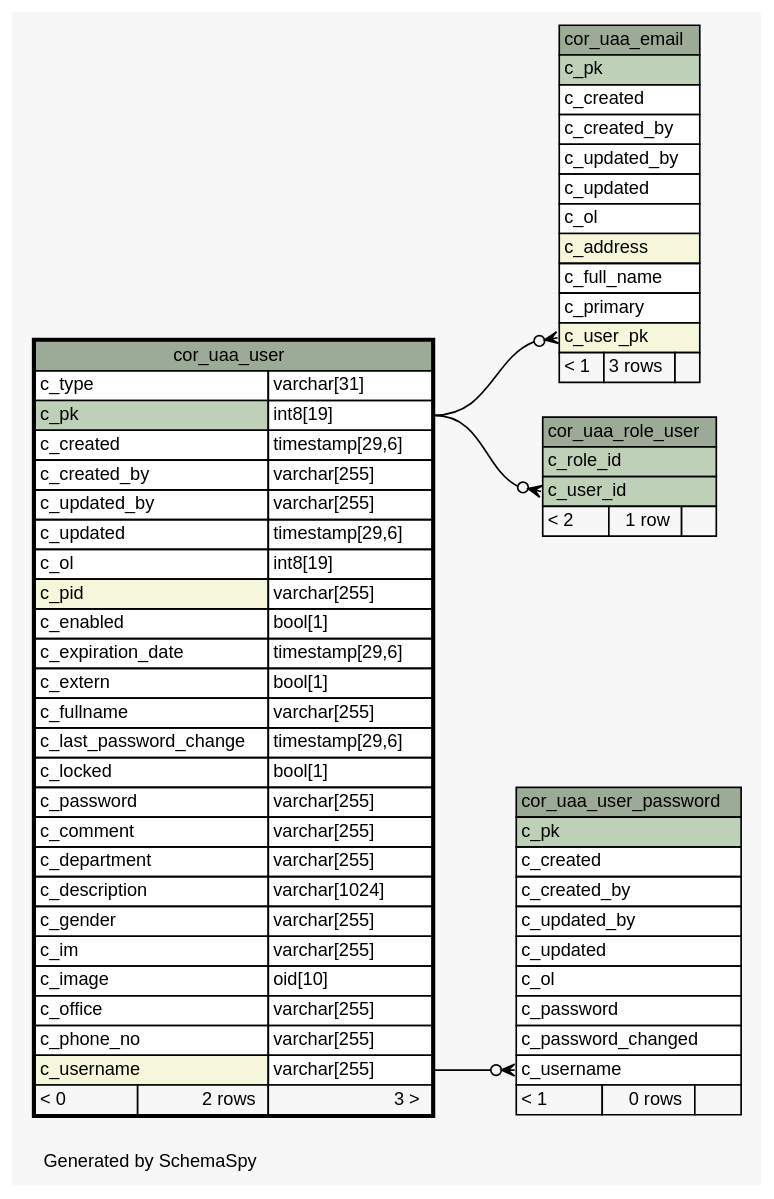
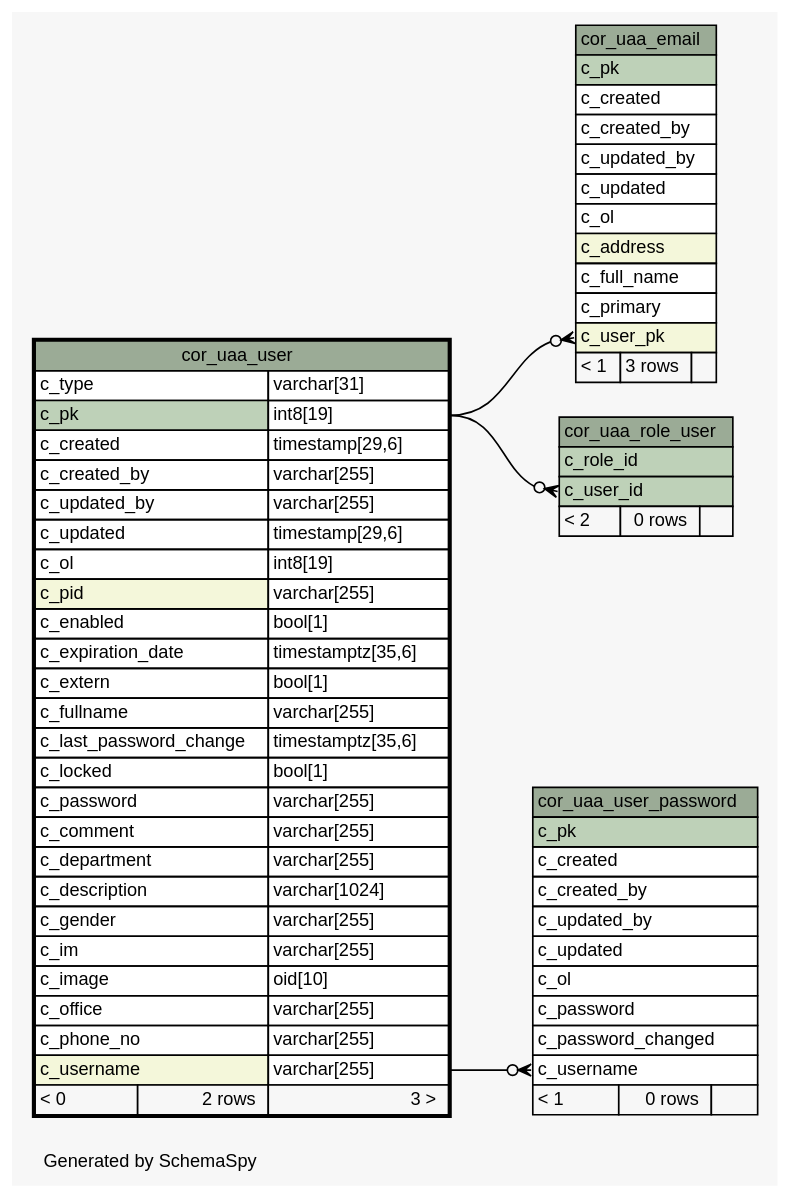
The diagram in 2.0.0-SNAPSHOT/schemaspy/diagrams/cor_uaa_user.1degree.dot (openwms/org.openwms.core.uaa.lib), drawn with Graphviz before and after one commit. The commit also changed 236 other files, not shown here.

```diff
--- a/2.0.0-SNAPSHOT/schemaspy/diagrams/cor_uaa_user.1degree.dot
+++ b/2.0.0-SNAPSHOT/schemaspy/diagrams/cor_uaa_user.1degree.dot
@@ -1,106 +1,106 @@
-// dot 2.43.0 on Linux 6.5.0-1016-azure
+// dot 2.43.0 on Linux 6.5.0-1022-azure
 // SchemaSpy rev Unknown
 digraph "oneDegreeRelationshipsDiagram" {
   graph [
     rankdir="RL"
     bgcolor="#f7f7f7"
     label="\nGenerated by SchemaSpy"
     labeljust="l"
     nodesep="0.18"
     ranksep="0.46"
     fontname="Helvetica"
     fontsize="11"
   ];
   node [
     fontname="Helvetica"
     fontsize="11"
     shape="plaintext"
   ];
   edge [
     arrowsize="0.8"
   ];
   "cor_uaa_email":"c_user_pk":w -> "cor_uaa_user":"c_pk.type":e [arrowhead=none dir=back arrowtail=crowodot];
   "cor_uaa_role_user":"c_user_id":w -> "cor_uaa_user":"c_pk.type":e [arrowhead=none dir=back arrowtail=crowodot];
   "cor_uaa_user_password":"c_username":w -> "cor_uaa_user":"c_username.type":e [arrowhead=none dir=back arrowtail=crowodot];
   "cor_uaa_email" [
     label=<
     <TABLE BORDER="0" CELLBORDER="1" CELLSPACING="0" BGCOLOR="#ffffff">
       <TR><TD COLSPAN="3" BGCOLOR="#9bab96" ALIGN="CENTER">cor_uaa_email</TD></TR>
       <TR><TD PORT="c_pk" COLSPAN="3" BGCOLOR="#bed1b8" ALIGN="LEFT">c_pk</TD></TR>
       <TR><TD PORT="c_created" COLSPAN="3" ALIGN="LEFT">c_created</TD></TR>
       <TR><TD PORT="c_created_by" COLSPAN="3" ALIGN="LEFT">c_created_by</TD></TR>
       <TR><TD PORT="c_updated_by" COLSPAN="3" ALIGN="LEFT">c_updated_by</TD></TR>
       <TR><TD PORT="c_updated" COLSPAN="3" ALIGN="LEFT">c_updated</TD></TR>
       <TR><TD PORT="c_ol" COLSPAN="3" ALIGN="LEFT">c_ol</TD></TR>
       <TR><TD PORT="c_address" COLSPAN="3" BGCOLOR="#f4f7da" ALIGN="LEFT">c_address</TD></TR>
       <TR><TD PORT="c_full_name" COLSPAN="3" ALIGN="LEFT">c_full_name</TD></TR>
       <TR><TD PORT="c_primary" COLSPAN="3" ALIGN="LEFT">c_primary</TD></TR>
       <TR><TD PORT="c_user_pk" COLSPAN="3" BGCOLOR="#f4f7da" ALIGN="LEFT">c_user_pk</TD></TR>
       <TR><TD ALIGN="LEFT" BGCOLOR="#f7f7f7">&lt; 1</TD><TD ALIGN="RIGHT" BGCOLOR="#f7f7f7">3 rows</TD><TD ALIGN="RIGHT" BGCOLOR="#f7f7f7">  </TD></TR>
     </TABLE>>
     URL="cor_uaa_email.html"
     tooltip="cor_uaa_email"
   ];
   "cor_uaa_role_user" [
     label=<
     <TABLE BORDER="0" CELLBORDER="1" CELLSPACING="0" BGCOLOR="#ffffff">
       <TR><TD COLSPAN="3" BGCOLOR="#9bab96" ALIGN="CENTER">cor_uaa_role_user</TD></TR>
       <TR><TD PORT="c_role_id" COLSPAN="3" BGCOLOR="#bed1b8" ALIGN="LEFT">c_role_id</TD></TR>
       <TR><TD PORT="c_user_id" COLSPAN="3" BGCOLOR="#bed1b8" ALIGN="LEFT">c_user_id</TD></TR>
-      <TR><TD ALIGN="LEFT" BGCOLOR="#f7f7f7">&lt; 2</TD><TD ALIGN="RIGHT" BGCOLOR="#f7f7f7">1 row</TD><TD ALIGN="RIGHT" BGCOLOR="#f7f7f7">  </TD></TR>
+      <TR><TD ALIGN="LEFT" BGCOLOR="#f7f7f7">&lt; 2</TD><TD ALIGN="RIGHT" BGCOLOR="#f7f7f7">0 rows</TD><TD ALIGN="RIGHT" BGCOLOR="#f7f7f7">  </TD></TR>
     </TABLE>>
     URL="cor_uaa_role_user.html"
     tooltip="cor_uaa_role_user"
   ];
   "cor_uaa_user" [
     label=<
     <TABLE BORDER="2" CELLBORDER="1" CELLSPACING="0" BGCOLOR="#ffffff">
       <TR><TD COLSPAN="3" BGCOLOR="#9bab96" ALIGN="CENTER">cor_uaa_user</TD></TR>
       <TR><TD PORT="c_type" COLSPAN="2" ALIGN="LEFT">c_type</TD><TD PORT="c_type.type" ALIGN="LEFT">varchar[31]</TD></TR>
       <TR><TD PORT="c_pk" COLSPAN="2" BGCOLOR="#bed1b8" ALIGN="LEFT">c_pk</TD><TD PORT="c_pk.type" ALIGN="LEFT">int8[19]</TD></TR>
       <TR><TD PORT="c_created" COLSPAN="2" ALIGN="LEFT">c_created</TD><TD PORT="c_created.type" ALIGN="LEFT">timestamp[29,6]</TD></TR>
       <TR><TD PORT="c_created_by" COLSPAN="2" ALIGN="LEFT">c_created_by</TD><TD PORT="c_created_by.type" ALIGN="LEFT">varchar[255]</TD></TR>
       <TR><TD PORT="c_updated_by" COLSPAN="2" ALIGN="LEFT">c_updated_by</TD><TD PORT="c_updated_by.type" ALIGN="LEFT">varchar[255]</TD></TR>
       <TR><TD PORT="c_updated" COLSPAN="2" ALIGN="LEFT">c_updated</TD><TD PORT="c_updated.type" ALIGN="LEFT">timestamp[29,6]</TD></TR>
       <TR><TD PORT="c_ol" COLSPAN="2" ALIGN="LEFT">c_ol</TD><TD PORT="c_ol.type" ALIGN="LEFT">int8[19]</TD></TR>
       <TR><TD PORT="c_pid" COLSPAN="2" BGCOLOR="#f4f7da" ALIGN="LEFT">c_pid</TD><TD PORT="c_pid.type" ALIGN="LEFT">varchar[255]</TD></TR>
       <TR><TD PORT="c_enabled" COLSPAN="2" ALIGN="LEFT">c_enabled</TD><TD PORT="c_enabled.type" ALIGN="LEFT">bool[1]</TD></TR>
-      <TR><TD PORT="c_expiration_date" COLSPAN="2" ALIGN="LEFT">c_expiration_date</TD><TD PORT="c_expiration_date.type" ALIGN="LEFT">timestamp[29,6]</TD></TR>
+      <TR><TD PORT="c_expiration_date" COLSPAN="2" ALIGN="LEFT">c_expiration_date</TD><TD PORT="c_expiration_date.type" ALIGN="LEFT">timestamptz[35,6]</TD></TR>
       <TR><TD PORT="c_extern" COLSPAN="2" ALIGN="LEFT">c_extern</TD><TD PORT="c_extern.type" ALIGN="LEFT">bool[1]</TD></TR>
       <TR><TD PORT="c_fullname" COLSPAN="2" ALIGN="LEFT">c_fullname</TD><TD PORT="c_fullname.type" ALIGN="LEFT">varchar[255]</TD></TR>
-      <TR><TD PORT="c_last_password_change" COLSPAN="2" ALIGN="LEFT">c_last_password_change</TD><TD PORT="c_last_password_change.type" ALIGN="LEFT">timestamp[29,6]</TD></TR>
+      <TR><TD PORT="c_last_password_change" COLSPAN="2" ALIGN="LEFT">c_last_password_change</TD><TD PORT="c_last_password_change.type" ALIGN="LEFT">timestamptz[35,6]</TD></TR>
       <TR><TD PORT="c_locked" COLSPAN="2" ALIGN="LEFT">c_locked</TD><TD PORT="c_locked.type" ALIGN="LEFT">bool[1]</TD></TR>
       <TR><TD PORT="c_password" COLSPAN="2" ALIGN="LEFT">c_password</TD><TD PORT="c_password.type" ALIGN="LEFT">varchar[255]</TD></TR>
       <TR><TD PORT="c_comment" COLSPAN="2" ALIGN="LEFT">c_comment</TD><TD PORT="c_comment.type" ALIGN="LEFT">varchar[255]</TD></TR>
       <TR><TD PORT="c_department" COLSPAN="2" ALIGN="LEFT">c_department</TD><TD PORT="c_department.type" ALIGN="LEFT">varchar[255]</TD></TR>
       <TR><TD PORT="c_description" COLSPAN="2" ALIGN="LEFT">c_description</TD><TD PORT="c_description.type" ALIGN="LEFT">varchar[1024]</TD></TR>
       <TR><TD PORT="c_gender" COLSPAN="2" ALIGN="LEFT">c_gender</TD><TD PORT="c_gender.type" ALIGN="LEFT">varchar[255]</TD></TR>
       <TR><TD PORT="c_im" COLSPAN="2" ALIGN="LEFT">c_im</TD><TD PORT="c_im.type" ALIGN="LEFT">varchar[255]</TD></TR>
       <TR><TD PORT="c_image" COLSPAN="2" ALIGN="LEFT">c_image</TD><TD PORT="c_image.type" ALIGN="LEFT">oid[10]</TD></TR>
       <TR><TD PORT="c_office" COLSPAN="2" ALIGN="LEFT">c_office</TD><TD PORT="c_office.type" ALIGN="LEFT">varchar[255]</TD></TR>
       <TR><TD PORT="c_phone_no" COLSPAN="2" ALIGN="LEFT">c_phone_no</TD><TD PORT="c_phone_no.type" ALIGN="LEFT">varchar[255]</TD></TR>
       <TR><TD PORT="c_username" COLSPAN="2" BGCOLOR="#f4f7da" ALIGN="LEFT">c_username</TD><TD PORT="c_username.type" ALIGN="LEFT">varchar[255]</TD></TR>
       <TR><TD ALIGN="LEFT" BGCOLOR="#f7f7f7">&lt; 0</TD><TD ALIGN="RIGHT" BGCOLOR="#f7f7f7">2 rows</TD><TD ALIGN="RIGHT" BGCOLOR="#f7f7f7">3 &gt;</TD></TR>
     </TABLE>>
     URL="cor_uaa_user.html"
     tooltip="cor_uaa_user"
   ];
   "cor_uaa_user_password" [
     label=<
     <TABLE BORDER="0" CELLBORDER="1" CELLSPACING="0" BGCOLOR="#ffffff">
       <TR><TD COLSPAN="3" BGCOLOR="#9bab96" ALIGN="CENTER">cor_uaa_user_password</TD></TR>
       <TR><TD PORT="c_pk" COLSPAN="3" BGCOLOR="#bed1b8" ALIGN="LEFT">c_pk</TD></TR>
       <TR><TD PORT="c_created" COLSPAN="3" ALIGN="LEFT">c_created</TD></TR>
       <TR><TD PORT="c_created_by" COLSPAN="3" ALIGN="LEFT">c_created_by</TD></TR>
       <TR><TD PORT="c_updated_by" COLSPAN="3" ALIGN="LEFT">c_updated_by</TD></TR>
       <TR><TD PORT="c_updated" COLSPAN="3" ALIGN="LEFT">c_updated</TD></TR>
       <TR><TD PORT="c_ol" COLSPAN="3" ALIGN="LEFT">c_ol</TD></TR>
       <TR><TD PORT="c_password" COLSPAN="3" ALIGN="LEFT">c_password</TD></TR>
       <TR><TD PORT="c_password_changed" COLSPAN="3" ALIGN="LEFT">c_password_changed</TD></TR>
       <TR><TD PORT="c_username" COLSPAN="3" ALIGN="LEFT">c_username</TD></TR>
       <TR><TD ALIGN="LEFT" BGCOLOR="#f7f7f7">&lt; 1</TD><TD ALIGN="RIGHT" BGCOLOR="#f7f7f7">0 rows</TD><TD ALIGN="RIGHT" BGCOLOR="#f7f7f7">  </TD></TR>
     </TABLE>>
     URL="cor_uaa_user_password.html"
     tooltip="cor_uaa_user_password"
   ];
 }
```
